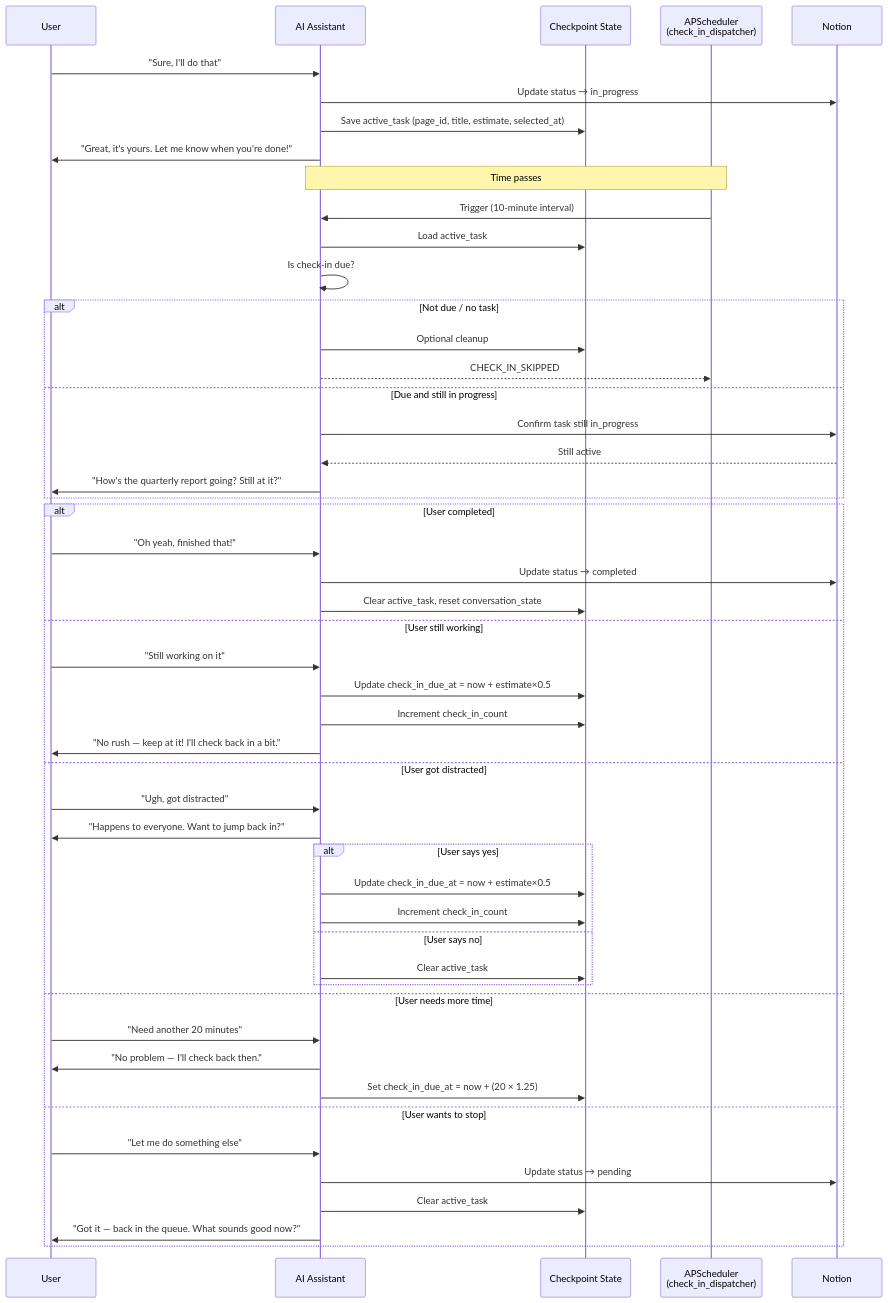
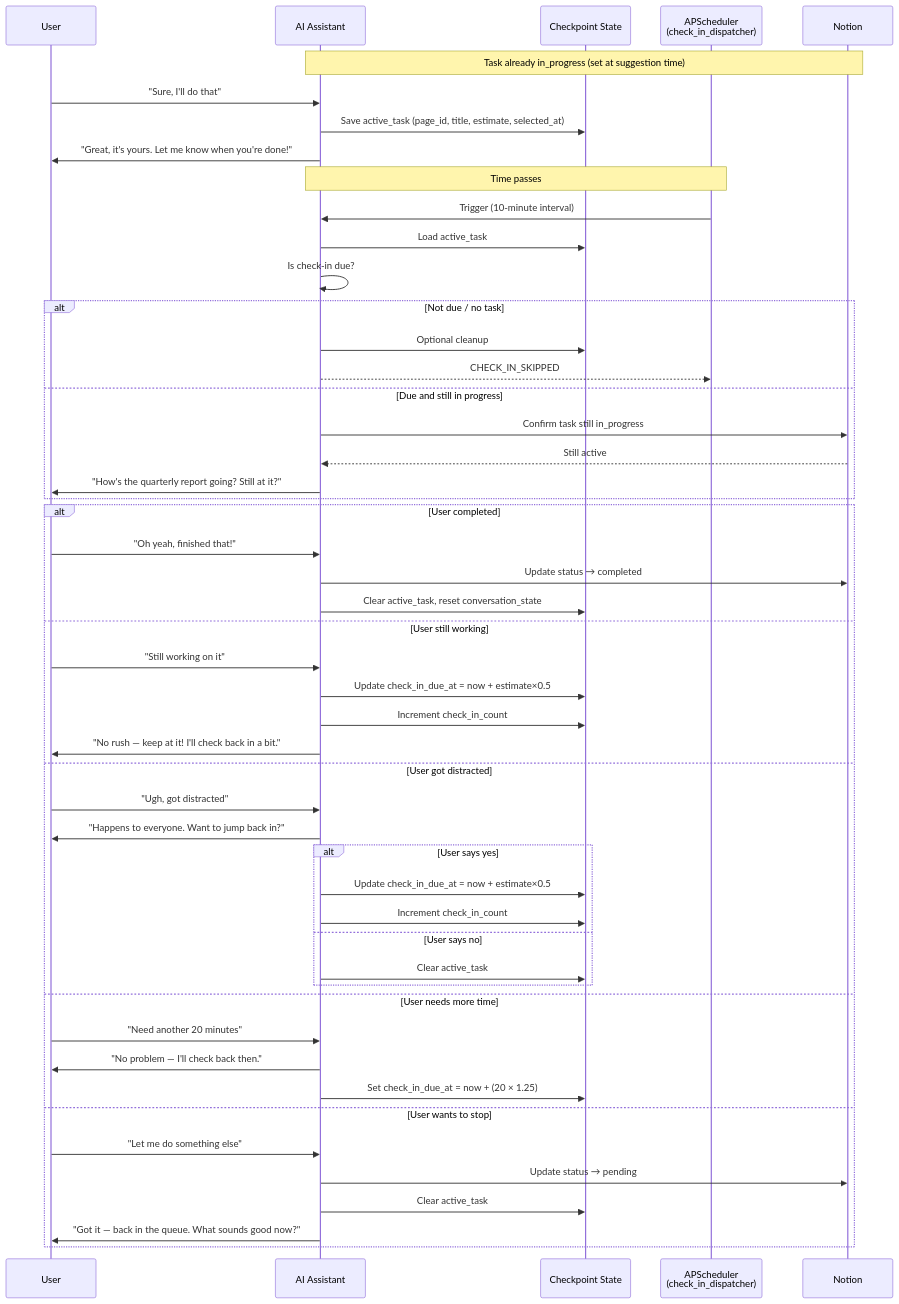
One commit to NickBorgersProbably/hide-my-list changed diagram 20 of 28 in docs/user-interactions.md. Above: the diagram before and after it, drawn with Mermaid. The commit also changed other lines of this file and 4 other files, not shown here.

````diff
--- a/docs/user-interactions.md
+++ b/docs/user-interactions.md
@@ -776,56 +776,56 @@
 ```mermaid
 sequenceDiagram
     participant U as User
     participant AI as AI Assistant
     participant State as Checkpoint State
     participant Sched as APScheduler<br/>(check_in_dispatcher)
     participant N as Notion
 
+    Note over AI,N: Task already in_progress (set at suggestion time)
     U->>AI: "Sure, I'll do that"
-    AI->>N: Update status → in_progress
     AI->>State: Save active_task (page_id, title, estimate, selected_at)
     AI->>U: "Great, it's yours. Let me know when you're done!"
 
     Note over AI,Sched: Time passes
 
     Sched->>AI: Trigger (10-minute interval)
     AI->>State: Load active_task
     AI->>AI: Is check-in due?
     alt Not due / no task
         AI->>State: Optional cleanup
         AI-->>Sched: CHECK_IN_SKIPPED
     else Due and still in progress
         AI->>N: Confirm task still in_progress
         N-->>AI: Still active
         AI->>U: "How's the quarterly report going? Still at it?"
     end
 
     alt User completed
         U->>AI: "Oh yeah, finished that!"
         AI->>N: Update status → completed
         AI->>State: Clear active_task, reset conversation_state
     else User still working
         U->>AI: "Still working on it"
         AI->>State: Update check_in_due_at = now + estimate×0.5
         AI->>State: Increment check_in_count
         AI->>U: "No rush — keep at it! I'll check back in a bit."
     else User got distracted
         U->>AI: "Ugh, got distracted"
         AI->>U: "Happens to everyone. Want to jump back in?"
         alt User says yes
             AI->>State: Update check_in_due_at = now + estimate×0.5
             AI->>State: Increment check_in_count
         else User says no
             AI->>State: Clear active_task
         end
     else User needs more time
         U->>AI: "Need another 20 minutes"
         AI->>U: "No problem — I'll check back then."
         AI->>State: Set check_in_due_at = now + (20 × 1.25)
     else User wants to stop
         U->>AI: "Let me do something else"
         AI->>N: Update status → pending
         AI->>State: Clear active_task
         AI->>U: "Got it — back in the queue. What sounds good now?"
     end
 ```
````
